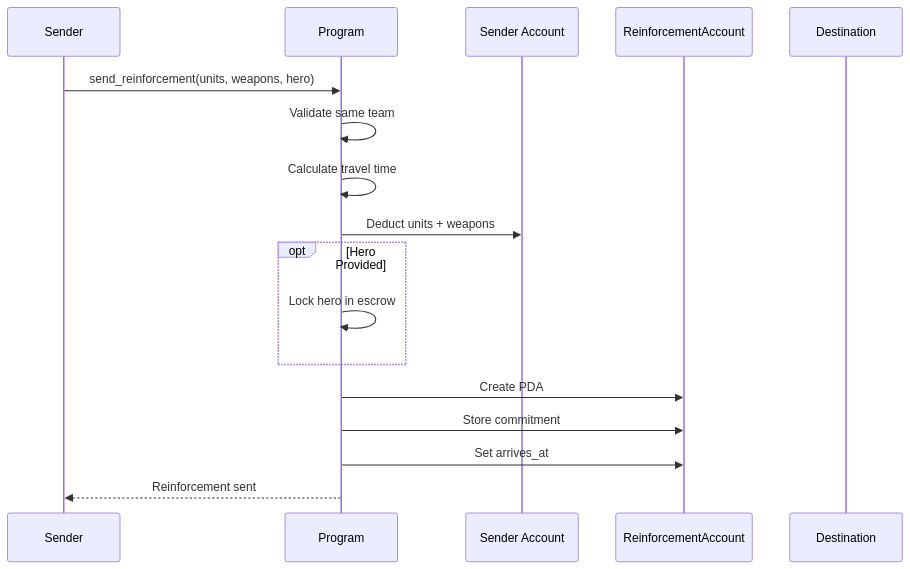
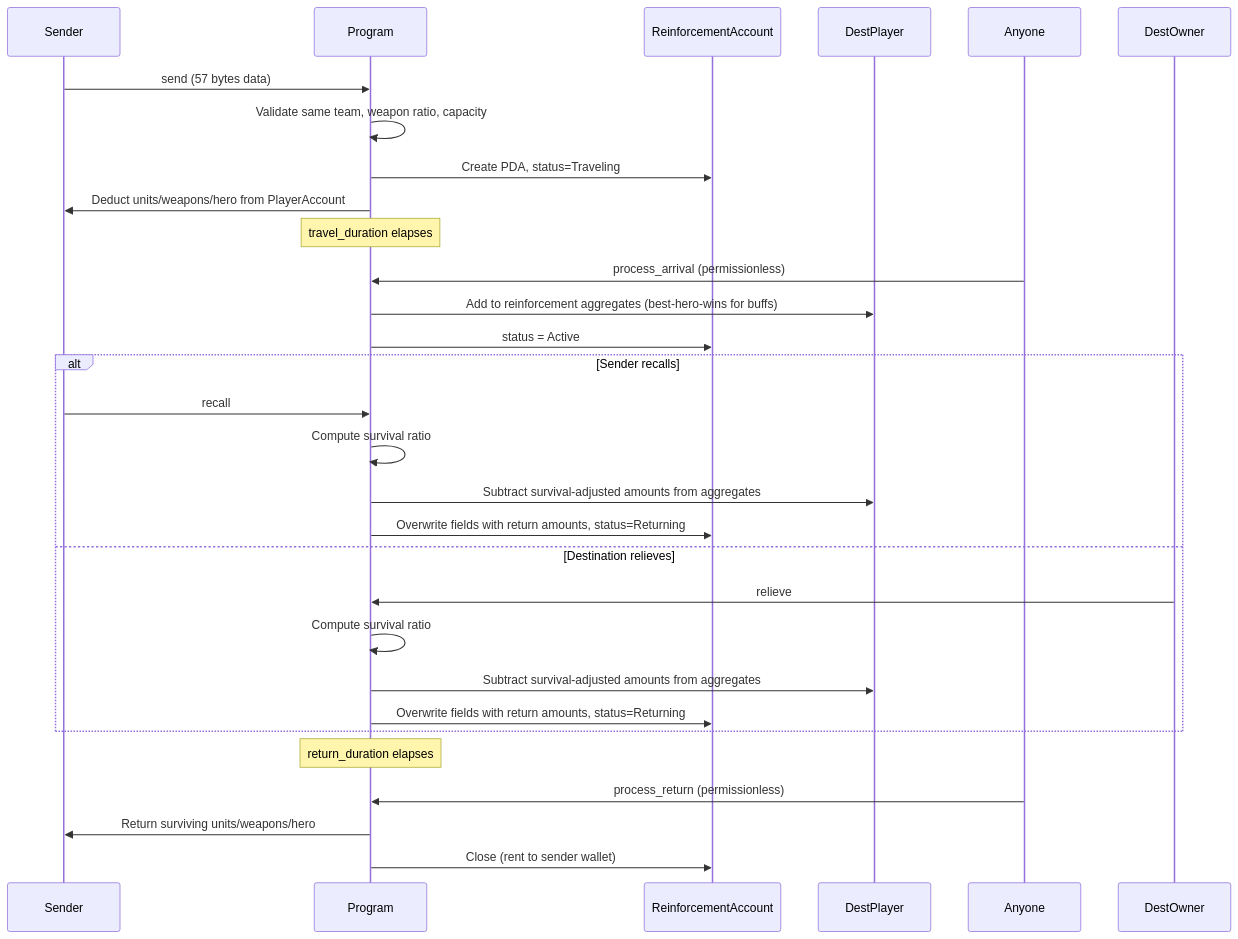
The fifth of 5 diagrams in docs/onchain/04-systems/reinforcements.md (crypt0miester/novus-mundus), drawn with Mermaid before and after one commit. The commit also changed other lines of this file and 259 other files, not shown here.

````diff
--- a/docs/onchain/04-systems/reinforcements.md
+++ b/docs/onchain/04-systems/reinforcements.md
@@ -128,20 +227,36 @@
 ```mermaid
 sequenceDiagram
     participant Sender
     participant Program
-    participant PlayerAccount as Sender Account
     participant ReinforcementAccount
-    participant Destination
+    participant DestPlayer
 
-    Sender->>Program: send_reinforcement(units, weapons, hero)
-    Program->>Program: Validate same team
-    Program->>Program: Calculate travel time
-    Program->>PlayerAccount: Deduct units + weapons
-    opt Hero Provided
-        Program->>Program: Lock hero in escrow
+    Sender->>Program: send (57 bytes data)
+    Program->>Program: Validate same team, weapon ratio, capacity
+    Program->>ReinforcementAccount: Create PDA, status=Traveling
+    Program->>Sender: Deduct units/weapons/hero from PlayerAccount
+
+    Note over Program: travel_duration elapses
+
+    Anyone->>Program: process_arrival (permissionless)
+    Program->>DestPlayer: Add to reinforcement aggregates (best-hero-wins for buffs)
+    Program->>ReinforcementAccount: status = Active
+
+    alt Sender recalls
+        Sender->>Program: recall
+        Program->>Program: Compute survival ratio
+        Program->>DestPlayer: Subtract survival-adjusted amounts from aggregates
+        Program->>ReinforcementAccount: Overwrite fields with return amounts, status=Returning
+    else Destination relieves
+        DestOwner->>Program: relieve
+        Program->>Program: Compute survival ratio
+        Program->>DestPlayer: Subtract survival-adjusted amounts from aggregates
+        Program->>ReinforcementAccount: Overwrite fields with return amounts, status=Returning
     end
-    Program->>ReinforcementAccount: Create PDA
-    Program->>ReinforcementAccount: Store commitment
-    Program->>ReinforcementAccount: Set arrives_at
-    Program-->>Sender: Reinforcement sent
+
+    Note over Program: return_duration elapses
+
+    Anyone->>Program: process_return (permissionless)
+    Program->>Sender: Return surviving units/weapons/hero
+    Program->>ReinforcementAccount: Close (rent to sender wallet)
 ```
````
